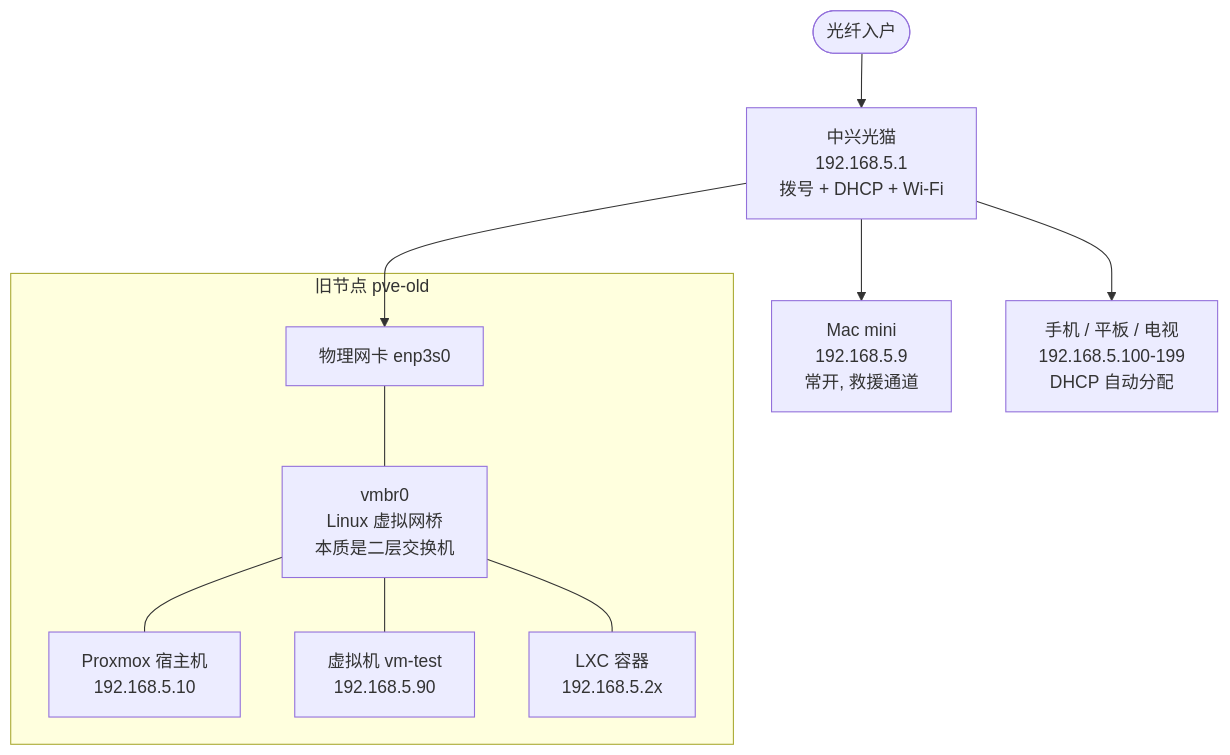
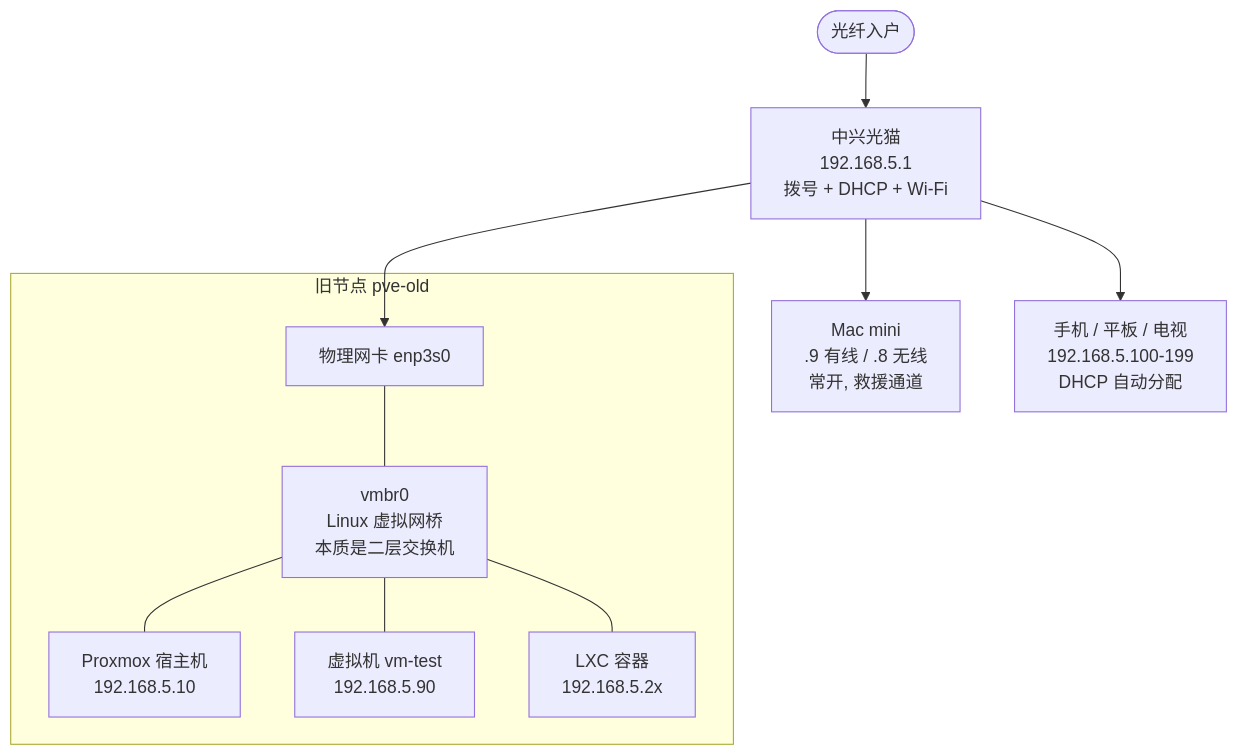
One commit to Jingk97/homelab changed the first of 2 diagrams in 01-infrastructure/02-network.md. Above: the diagram before and after it, drawn with Mermaid. The commit also changed other lines of this file and 5 other files, not shown here.

````diff
--- a/01-infrastructure/02-network.md
+++ b/01-infrastructure/02-network.md
@@ -11,22 +11,22 @@
 ```mermaid
 flowchart TB
     NET(["光纤入户"])
     RT["中兴光猫<br/>192.168.5.1<br/>拨号 + DHCP + Wi-Fi"]
-    MAC["Mac mini<br/>192.168.5.9<br/>常开, 救援通道"]
+    MAC["Mac mini<br/>.9 有线 / .8 无线<br/>常开, 救援通道"]
     PHONE["手机 / 平板 / 电视<br/>192.168.5.100-199<br/>DHCP 自动分配"]
     subgraph HOST["旧节点 pve-old"]
         NIC["物理网卡 enp3s0"]
         BR["vmbr0<br/>Linux 虚拟网桥<br/>本质是二层交换机"]
         PVEIP["Proxmox 宿主机<br/>192.168.5.10"]
         VM1["虚拟机 vm-test<br/>192.168.5.90"]
         CT1["LXC 容器<br/>192.168.5.2x"]
     end
     NET --> RT
     RT --> MAC
     RT --> NIC
     RT --> PHONE
     NIC --- BR
     BR --- PVEIP
     BR --- VM1
     BR --- CT1
 ```
````
